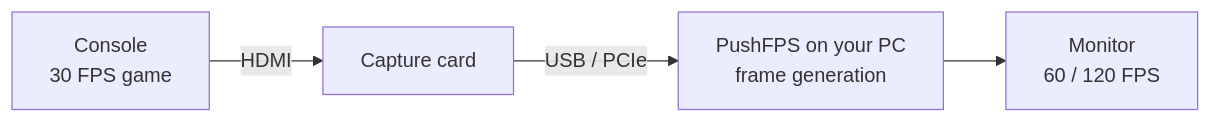
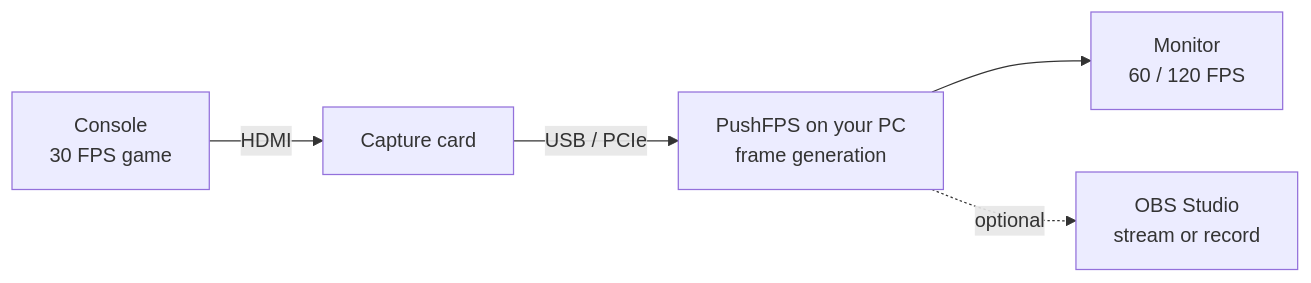
Before and after one commit to DosukaSOL/PushFPS: the diagram in README.md, drawn with Mermaid. The commit also changed other lines of this file and 7 other files, not shown here.

````diff
--- a/README.md
+++ b/README.md
@@ -24,6 +82,7 @@
 ```mermaid
 flowchart LR
     A[Console<br/>30 FPS game] -- HDMI --> B[Capture card]
     B -- USB / PCIe --> C[PushFPS on your PC<br/>frame generation]
     C --> D[Monitor<br/>60 / 120 FPS]
+    C -. optional .-> E[OBS Studio<br/>stream or record]
 ```
````
